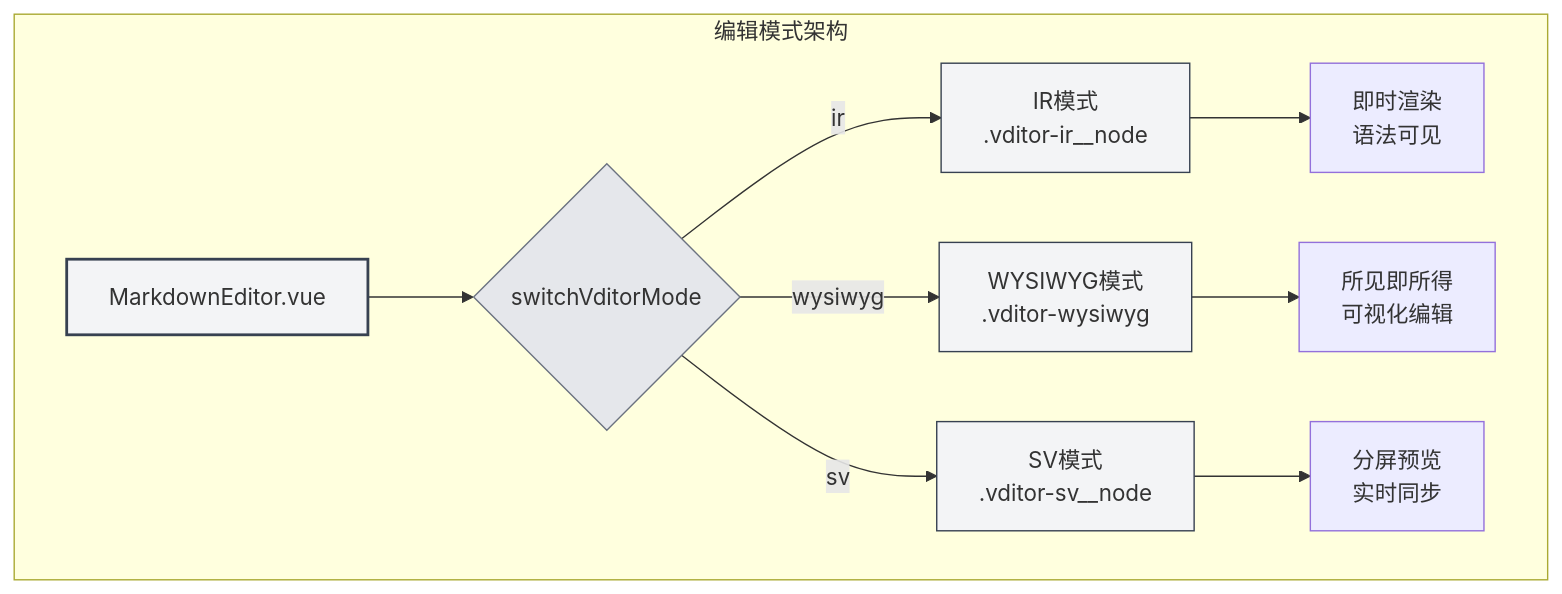
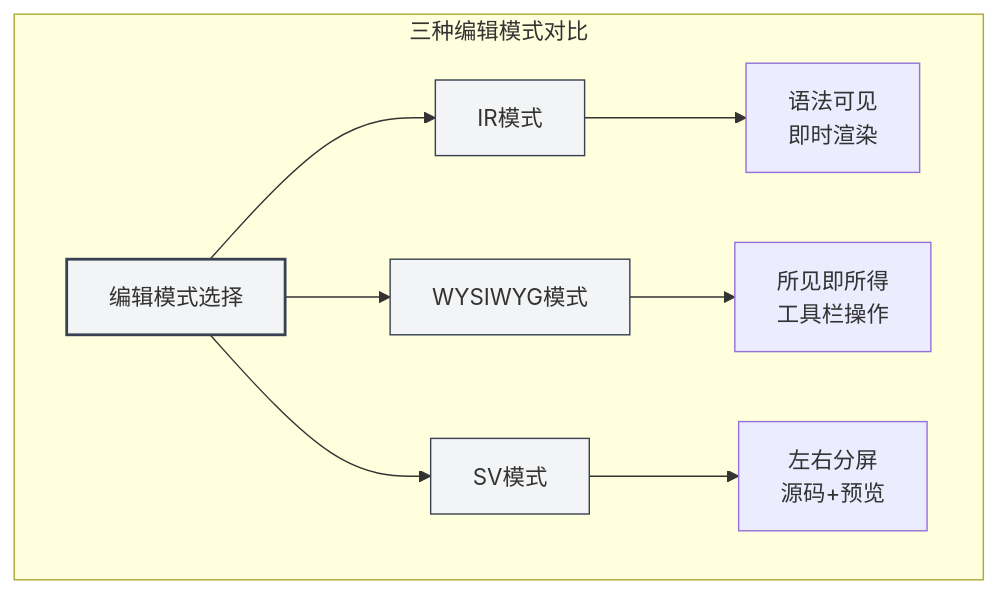
Before and after one commit to JaredYe04/MetaDoc: the first of 4 diagrams in meta-doc/src/renderer/src/manuals/zh_CN/markdown/editor.md, drawn with Mermaid. The commit also changed other lines of this file and 1 other file, not shown here.

````diff
--- a/meta-doc/src/renderer/src/manuals/zh_CN/markdown/editor.md
+++ b/meta-doc/src/renderer/src/manuals/zh_CN/markdown/editor.md
@@ -48,17 +55,15 @@
 ```mermaid
 graph TB
-    subgraph 编辑模式架构
-        A[MarkdownEditor.vue] --> B{switchVditorMode}
-        B -->|ir| C[IR模式<br/>.vditor-ir__node]
-        B -->|wysiwyg| D[WYSIWYG模式<br/>.vditor-wysiwyg]
-        B -->|sv| E[SV模式<br/>.vditor-sv__node]
-        C --> F[即时渲染<br/>语法可见]
-        D --> G[所见即所得<br/>可视化编辑]
-        E --> H[分屏预览<br/>实时同步]
+    subgraph 三种编辑模式对比
+        A[编辑模式选择] --> B[IR模式]
+        A --> C[WYSIWYG模式]
+        A --> D[SV模式]
+        B --> E[语法可见<br/>即时渲染]
+        C --> F[所见即所得<br/>工具栏操作]
+        D --> G[左右分屏<br/>源码+预览]
     end
     style A fill:#f3f4f6,stroke:#374151,stroke-width:2px
-    style B fill:#e5e7eb,stroke:#6b7280
+    style B fill:#f3f4f6,stroke:#374151
     style C fill:#f3f4f6,stroke:#374151
     style D fill:#f3f4f6,stroke:#374151
-    style E fill:#f3f4f6,stroke:#374151
 ```
````
